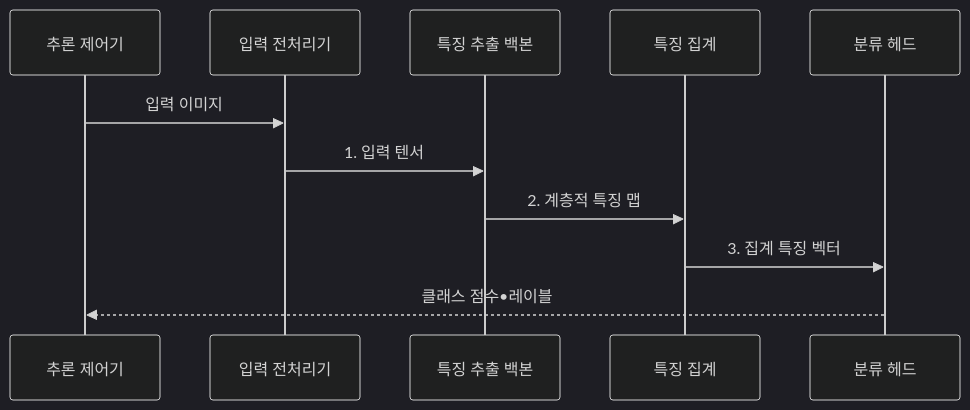
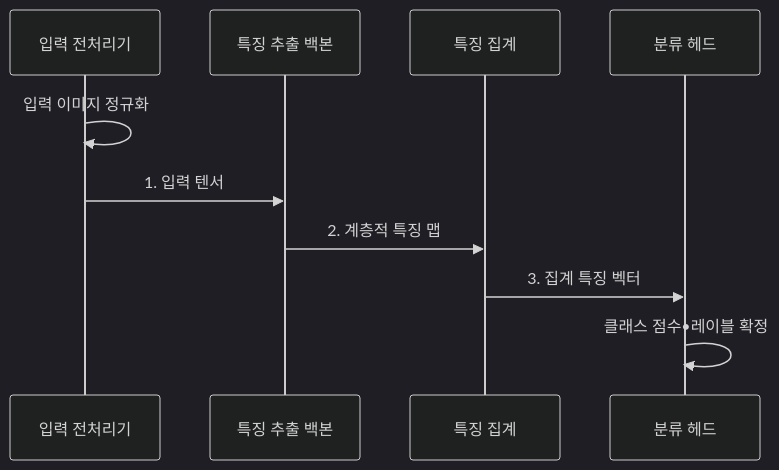
One commit to agnusdei1207/knowledge-base changed the second of 2 diagrams in src/content/docs/notes/01-basic-theory/056_image_classification.md. Above: the diagram before and after it, drawn with Mermaid (dark theme). The commit also changed 3 other files, not shown here.

Commit message:
Streamline computation flow diagrams

````diff
--- a/src/content/docs/notes/01-basic-theory/056_image_classification.md
+++ b/src/content/docs/notes/01-basic-theory/056_image_classification.md
@@ -96,13 +96,12 @@
 ```mermaid
 sequenceDiagram
-    participant T as 추론 제어기
     participant I as 입력 전처리기
     participant B as 특징 추출 백본
     participant G as 특징 집계
     participant H as 분류 헤드
-    T->>I: 입력 이미지
+    I->>I: 입력 이미지 정규화
     I->>B: 1. 입력 텐서
     B->>G: 2. 계층적 특징 맵
     G->>H: 3. 집계 특징 벡터
-    H-->>T: 클래스 점수•레이블
+    H->>H: 클래스 점수•레이블 확정
 ```
````
